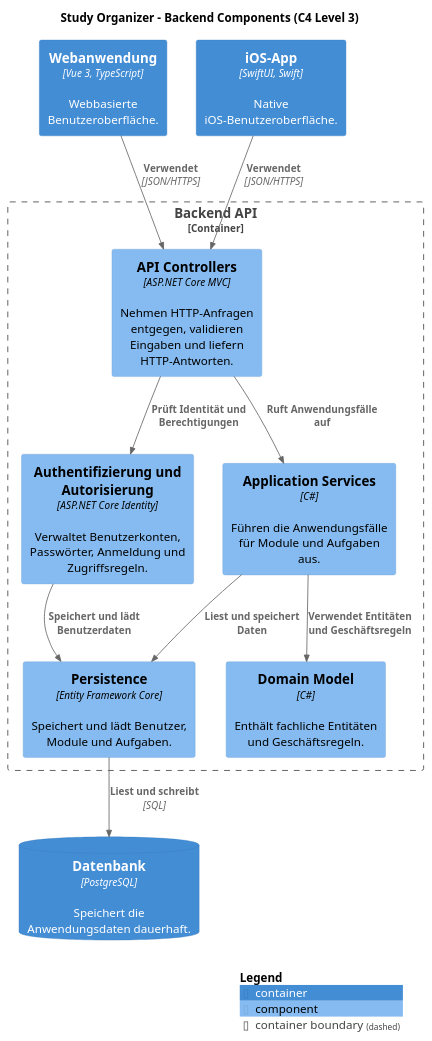
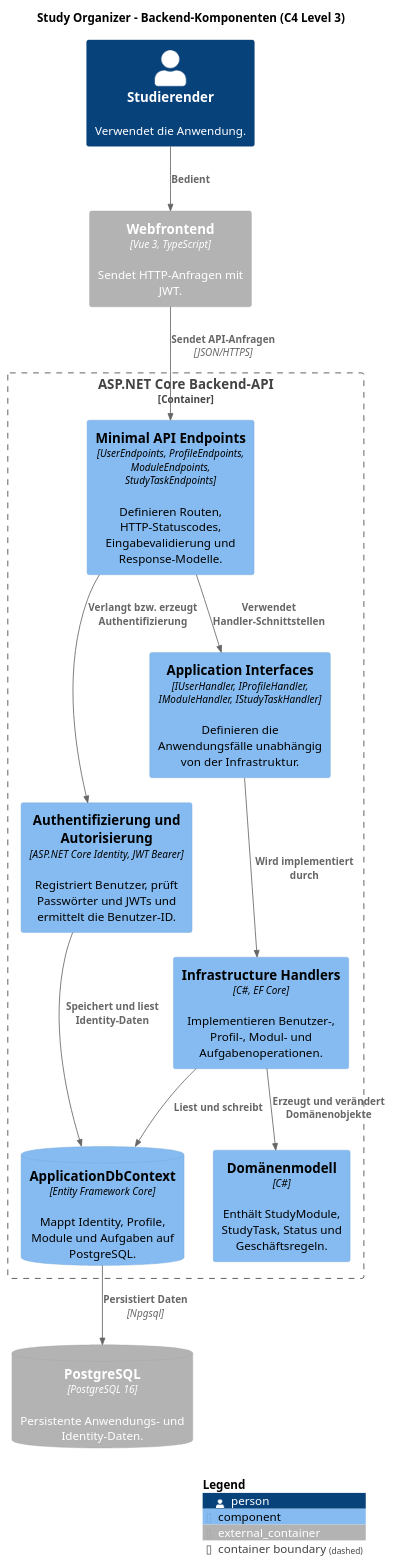
Before and after one commit to Saburollah/study-organizer: the diagram in Docs/diagrams/c4/backend-components.puml, drawn with PlantUML. The commit also changed 11 other files, not shown here.

Commit message:
docs: update project documentation and C4 diagrams (#62)

```diff
--- a/Docs/diagrams/c4/backend-components.puml
+++ b/Docs/diagrams/c4/backend-components.puml
@@ -1,39 +1,30 @@
 @startuml StudyOrganizerBackendComponents
-
 !include https://raw.githubusercontent.com/plantuml-stdlib/C4-PlantUML/master/C4_Component.puml
 
-title Study Organizer - Backend Components (C4 Level 3)
+title Study Organizer – Backend-Komponenten (C4 Level 3)
 
-Container(webApp, "Webanwendung", "Vue 3, TypeScript", "Webbasierte Benutzeroberfläche.")
+Person(student, "Studierender", "Verwendet die Anwendung.")
+Container_Ext(web, "Webfrontend", "Vue 3, TypeScript", "Sendet HTTP-Anfragen mit JWT.")
+ContainerDb_Ext(postgres, "PostgreSQL", "PostgreSQL 16", "Persistente Anwendungs- und Identity-Daten.")
 
-Container(iosApp, "iOS-App", "SwiftUI, Swift", "Native iOS-Benutzeroberfläche.")
-
-Container_Boundary(api, "Backend API") {
-    Component(apiControllers, "API Controllers", "ASP.NET Core MVC", "Nehmen HTTP-Anfragen entgegen, validieren Eingaben und liefern HTTP-Antworten.")
-
-    Component(auth, "Authentifizierung und Autorisierung", "ASP.NET Core Identity", "Verwaltet Benutzerkonten, Passwörter, Anmeldung und Zugriffsregeln.")
-
-    Component(applicationServices, "Application Services", "C#", "Führen die Anwendungsfälle für Module und Aufgaben aus.")
-
-    Component(domainModel, "Domain Model", "C#", "Enthält fachliche Entitäten und Geschäftsregeln.")
-
-    Component(persistence, "Persistence", "Entity Framework Core", "Speichert und lädt Benutzer, Module und Aufgaben.")
+Container_Boundary(api, "ASP.NET Core Backend-API") {
+  Component(endpoints, "Minimal API Endpoints", "UserEndpoints, ProfileEndpoints, ModuleEndpoints, StudyTaskEndpoints", "Definieren Routen, HTTP-Statuscodes, Eingabevalidierung und Response-Modelle.")
+  Component(auth, "Authentifizierung und Autorisierung", "ASP.NET Core Identity, JWT Bearer", "Registriert Benutzer, prüft Passwörter und JWTs und ermittelt die Benutzer-ID.")
+  Component(application, "Application Interfaces", "IUserHandler, IProfileHandler, IModuleHandler, IStudyTaskHandler", "Definieren die Anwendungsfälle unabhängig von der Infrastruktur.")
+  Component(handlers, "Infrastructure Handlers", "C#, EF Core", "Implementieren Benutzer-, Profil-, Modul- und Aufgabenoperationen.")
+  Component(domain, "Domänenmodell", "C#", "Enthält StudyModule, StudyTask, Status und Geschäftsregeln.")
+  ComponentDb(dbContext, "ApplicationDbContext", "Entity Framework Core", "Mappt Identity, Profile, Module und Aufgaben auf PostgreSQL.")
 }
 
-ContainerDb(database, "Datenbank", "PostgreSQL", "Speichert die Anwendungsdaten dauerhaft.")
-
-Rel(webApp, apiControllers, "Verwendet", "JSON/HTTPS")
-Rel(iosApp, apiControllers, "Verwendet", "JSON/HTTPS")
-
-Rel(apiControllers, auth, "Prüft Identität und Berechtigungen")
-Rel(apiControllers, applicationServices, "Ruft Anwendungsfälle auf")
-
-Rel(applicationServices, domainModel, "Verwendet Entitäten und Geschäftsregeln")
-Rel(applicationServices, persistence, "Liest und speichert Daten")
-
-Rel(auth, persistence, "Speichert und lädt Benutzerdaten")
-Rel(persistence, database, "Liest und schreibt", "SQL")
+Rel(student, web, "Bedient")
+Rel(web, endpoints, "Sendet API-Anfragen", "JSON/HTTPS")
+Rel(endpoints, auth, "Verlangt bzw. erzeugt Authentifizierung")
+Rel(endpoints, application, "Verwendet Handler-Schnittstellen")
+Rel(application, handlers, "Wird implementiert durch")
+Rel(handlers, domain, "Erzeugt und verändert Domänenobjekte")
+Rel(handlers, dbContext, "Liest und schreibt")
+Rel(auth, dbContext, "Speichert und liest Identity-Daten")
+Rel(dbContext, postgres, "Persistiert Daten", "Npgsql")
 
 SHOW_LEGEND()
-
 @enduml
```
